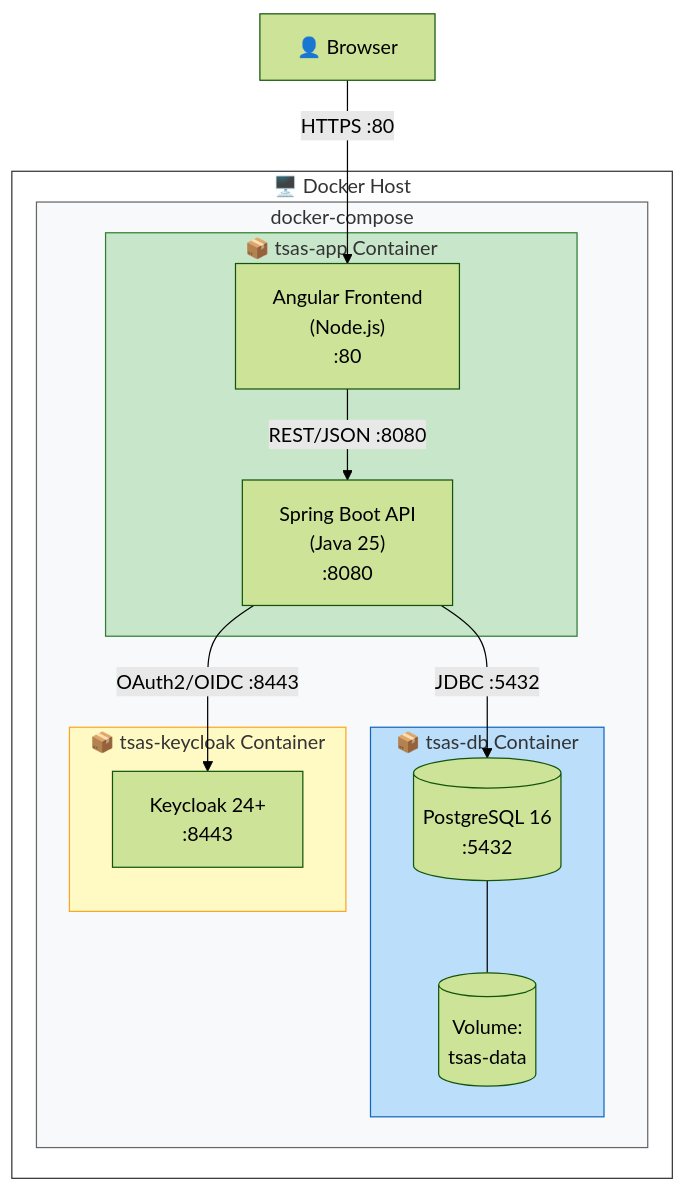
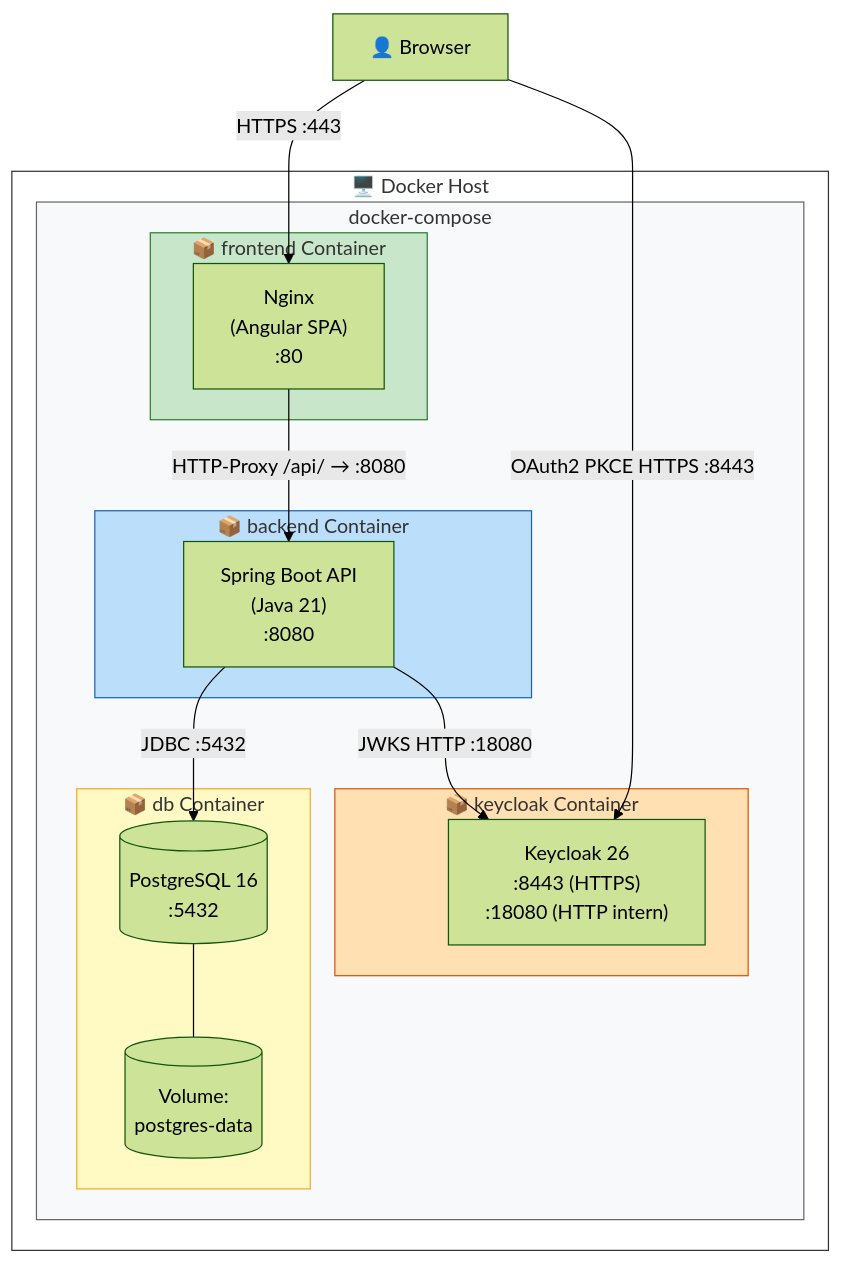
One commit to cbo1970/tsas changed the second of 2 diagrams in doc/sad/TSaS_SAD_arc42_1.md. Above: the diagram before and after it, drawn with Mermaid (forest theme). The commit also changed other lines of this file and 5 other files, not shown here.

````diff
--- a/doc/sad/TSaS_SAD_arc42_1.md
+++ b/doc/sad/TSaS_SAD_arc42_1.md
@@ -240,33 +240,38 @@
 ```mermaid
 graph TB
     subgraph Host["🖥️ Docker Host"]
         subgraph compose["docker-compose"]
 
-            subgraph app["📦 tsas-app Container"]
-                FE["Angular Frontend<br/>(Node.js)<br/>:80"]
-                BE["Spring Boot API<br/>(Java 25)<br/>:8080"]
+            subgraph fe["📦 frontend Container"]
+                NGX["Nginx<br/>(Angular SPA)<br/>:80"]
             end
 
-            subgraph db["📦 tsas-db Container"]
-                PG[("PostgreSQL 16<br/>:5432")]
-                VOL[("Volume:<br/>tsas-data")]
+            subgraph be["📦 backend Container"]
+                BE["Spring Boot API<br/>(Java 21)<br/>:8080"]
             end
 
-            subgraph kc["📦 tsas-keycloak Container"]
-                KEY["Keycloak 24+<br/>:8443"]
+            subgraph db["📦 db Container"]
+                PG[("PostgreSQL 16<br/>:5432")]
+                VOL[("Volume:<br/>postgres-data")]
+            end
+
+            subgraph kc["📦 keycloak Container"]
+                KEY["Keycloak 26<br/>:8443 (HTTPS)<br/>:18080 (HTTP intern)"]
             end
         end
     end
 
-    Browser["👤 Browser"] -- "HTTPS :80" --> FE
-    FE -- "REST/JSON :8080" --> BE
+    Browser["👤 Browser"] -- "HTTPS :443" --> NGX
+    NGX -- "HTTP-Proxy /api/ → :8080" --> BE
     BE -- "JDBC :5432" --> PG
-    BE -- "OAuth2/OIDC :8443" --> KEY
+    BE -- "JWKS HTTP :18080" --> KEY
+    Browser -- "OAuth2 PKCE HTTPS :8443" --> KEY
     PG --- VOL
 
-    style app fill:#C8E6C9,stroke:#2E7D32
-    style db fill:#BBDEFB,stroke:#1565C0
-    style kc fill:#FFF9C4,stroke:#F9A825
+    style fe fill:#C8E6C9,stroke:#2E7D32
+    style be fill:#BBDEFB,stroke:#1565C0
+    style db fill:#FFF9C4,stroke:#F9A825
+    style kc fill:#FFE0B2,stroke:#E65100
     style compose fill:#f8f9fa,stroke:#666
     style Host fill:#fff,stroke:#333
 ```
````
